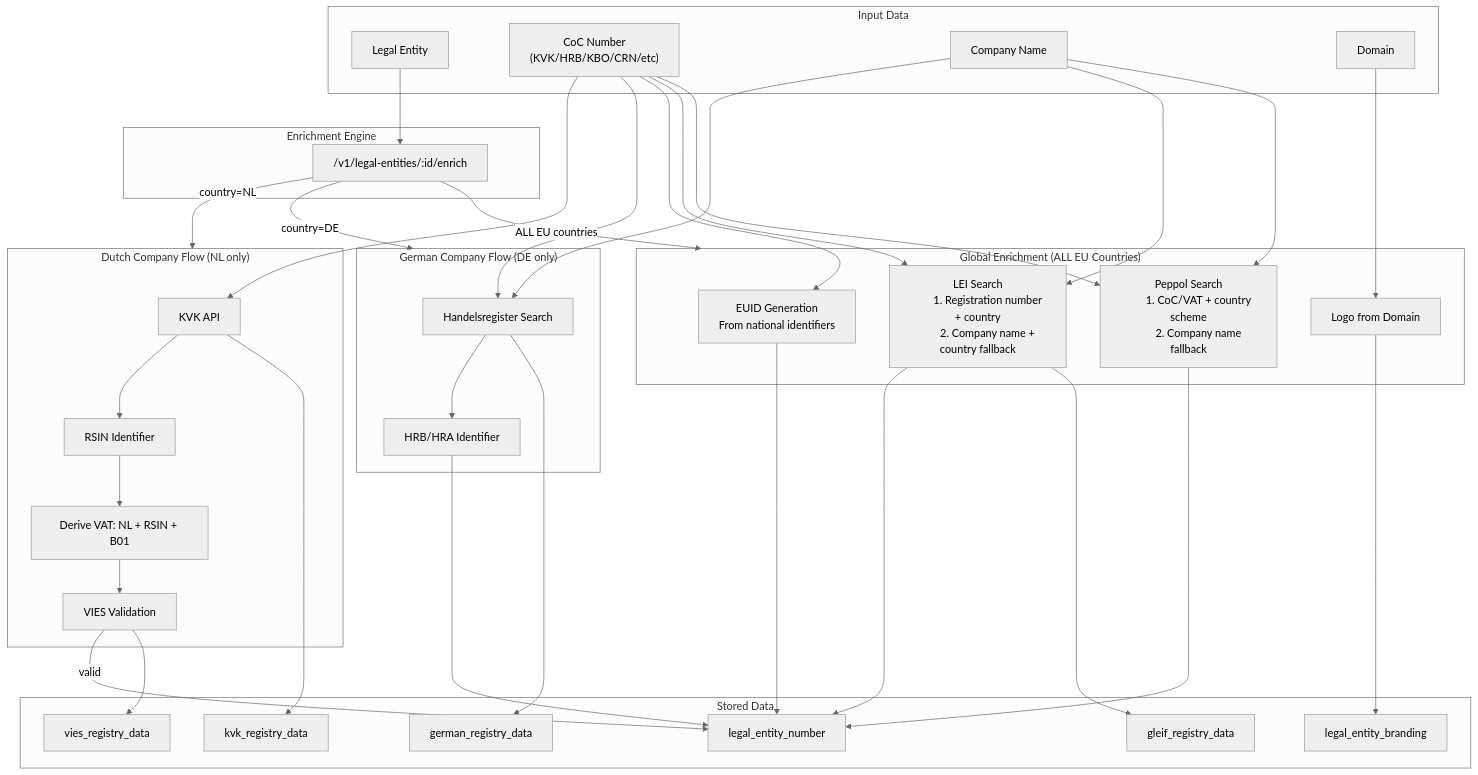
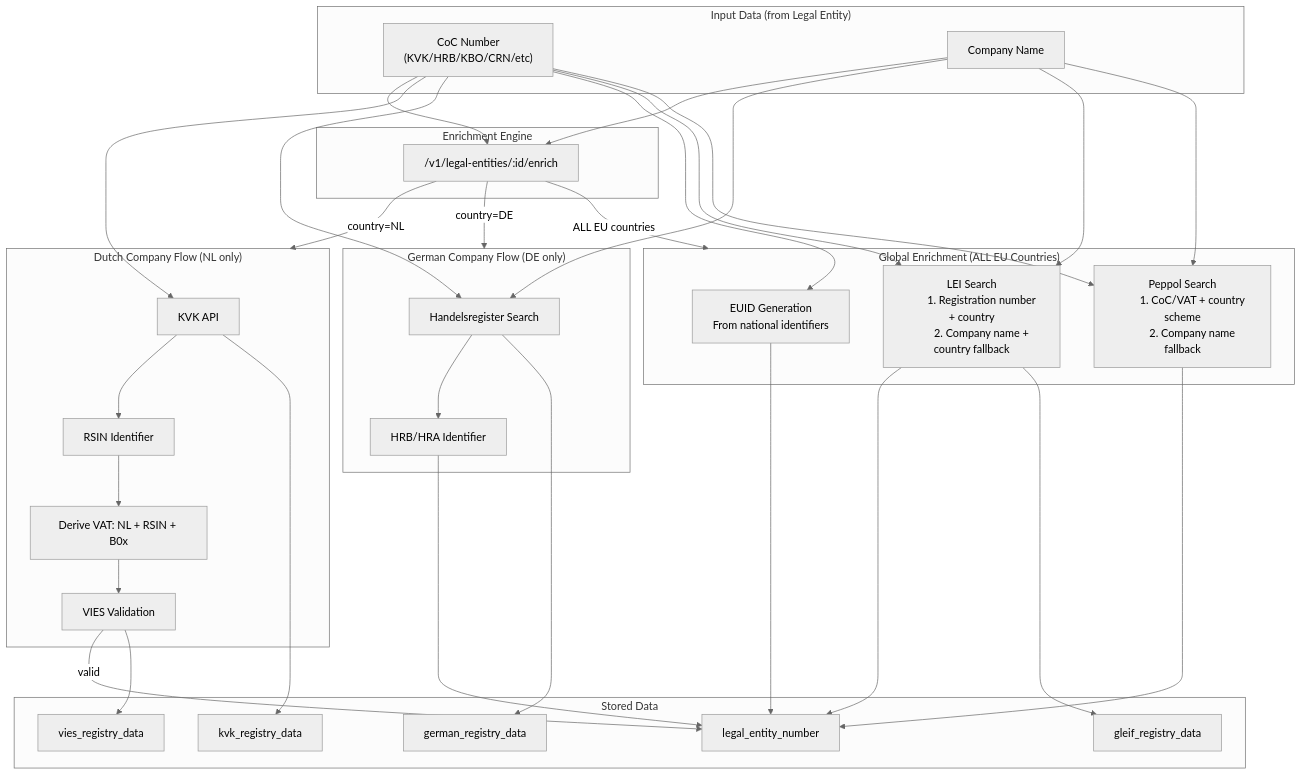
One commit to DeNoronha/ctn-asr-demo changed the first of 7 diagrams in docs/ENRICHMENT_ARCHITECTURE.md. Above: the diagram before and after it, drawn with Mermaid (neutral theme). The commit also changed other lines of this file, not shown here.

First line of the commit message:
docs: update ENRICHMENT_ARCHITECTURE based on review feedback

````diff
--- a/docs/ENRICHMENT_ARCHITECTURE.md
+++ b/docs/ENRICHMENT_ARCHITECTURE.md
@@ -68,81 +70,75 @@
 ```mermaid
 flowchart TB
-    subgraph Input["Input Data"]
-        LE[Legal Entity]
+    subgraph Input["Input Data (from Legal Entity)"]
         COC_ID["CoC Number
         (KVK/HRB/KBO/CRN/etc)"]
         NAME[Company Name]
-        DOMAIN[Domain]
     end
 
     subgraph Enrichment["Enrichment Engine"]
         ENRICH["/v1/legal-entities/:id/enrich"]
     end
 
     subgraph NL["Dutch Company Flow (NL only)"]
         KVK_API[KVK API]
         RSIN[RSIN Identifier]
-        VAT_DERIVE[Derive VAT: NL + RSIN + B01]
+        VAT_DERIVE[Derive VAT: NL + RSIN + B0x]
         VIES[VIES Validation]
     end
 
     subgraph DE["German Company Flow (DE only)"]
         HR_SEARCH[Handelsregister Search]
         HRB[HRB/HRA Identifier]
     end
 
     subgraph Global["Global Enrichment (ALL EU Countries)"]
         EUID_GEN["EUID Generation
         From national identifiers"]
         LEI_SEARCH["LEI Search
         1. Registration number + country
         2. Company name + country fallback"]
         PEPPOL_SEARCH["Peppol Search
         1. CoC/VAT + country scheme
         2. Company name fallback"]
-        BRANDING[Logo from Domain]
     end
 
     subgraph Output["Stored Data"]
         LEN[legal_entity_number]
         KVK_DATA[kvk_registry_data]
         GLEIF_DATA[gleif_registry_data]
         VIES_DATA[vies_registry_data]
         DE_DATA[german_registry_data]
-        BRAND[legal_entity_branding]
     end
 
-    LE --> ENRICH
+    COC_ID --> ENRICH
+    NAME --> ENRICH
     ENRICH --> |country=NL| NL
     ENRICH --> |country=DE| DE
     ENRICH --> |ALL EU countries| Global
 
     COC_ID --> KVK_API
     KVK_API --> RSIN
     KVK_API --> KVK_DATA
     RSIN --> VAT_DERIVE
     VAT_DERIVE --> VIES
     VIES --> |valid| LEN
     VIES --> VIES_DATA
 
     COC_ID --> HR_SEARCH
     NAME --> HR_SEARCH
     HR_SEARCH --> HRB
     HR_SEARCH --> DE_DATA
     HRB --> LEN
 
     COC_ID --> EUID_GEN
     EUID_GEN --> LEN
 
     COC_ID --> LEI_SEARCH
     NAME --> LEI_SEARCH
     LEI_SEARCH --> LEN
     LEI_SEARCH --> GLEIF_DATA
 
     COC_ID --> PEPPOL_SEARCH
     NAME --> PEPPOL_SEARCH
     PEPPOL_SEARCH --> LEN
-
-    DOMAIN --> BRANDING
-    BRANDING --> BRAND
 ```
````
